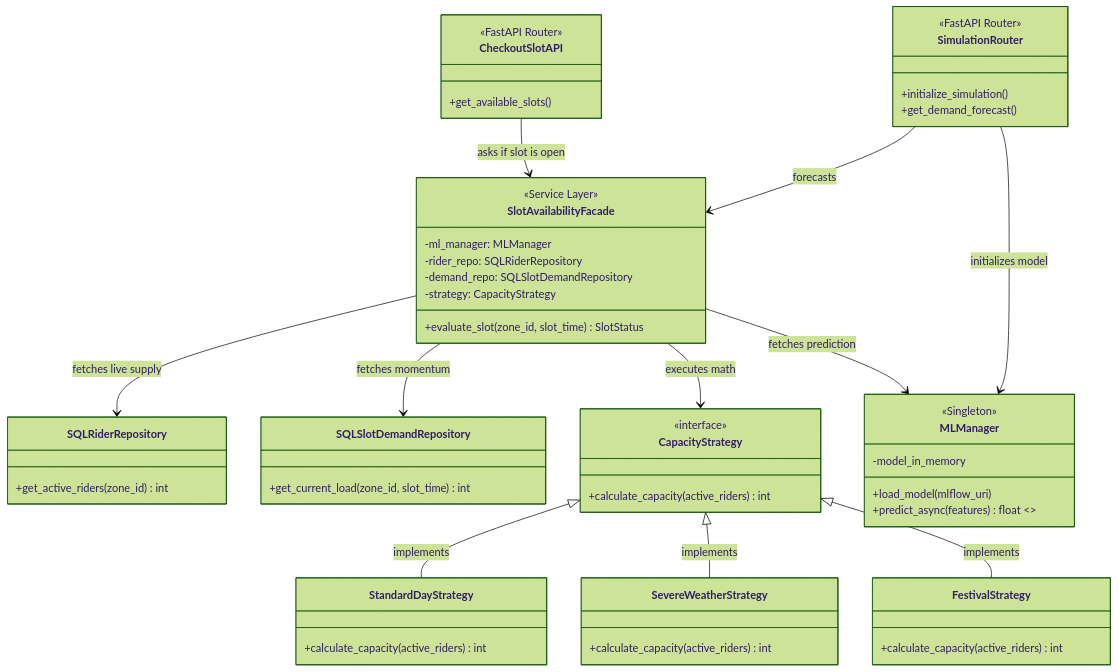
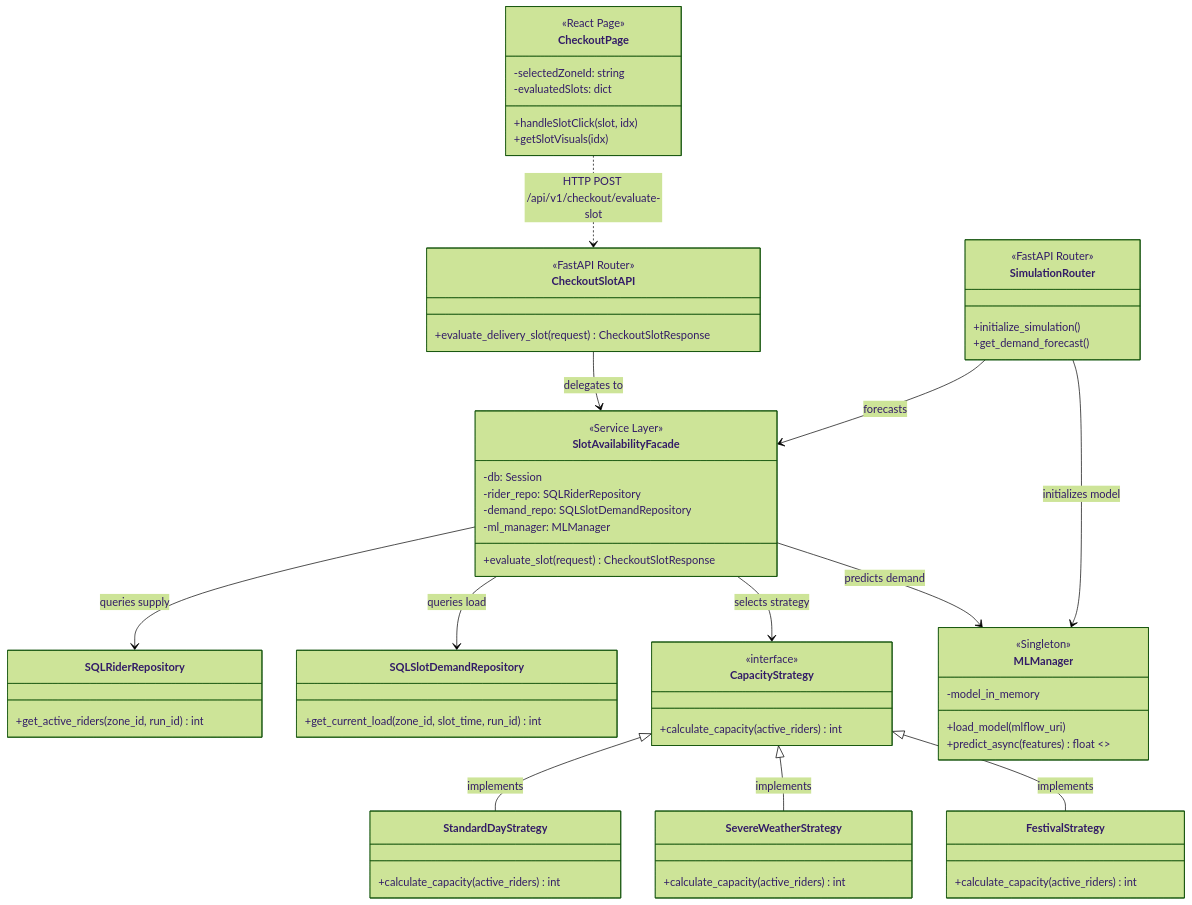
The diagram in README.md (SohamBEGINS/Slot-guard), drawn with Mermaid (forest theme) before and after one commit. The commit also changed other lines of this file, not shown here.

````diff
--- a/README.md
+++ b/README.md
@@ -26,67 +26,77 @@
 ```mermaid
 classDiagram
+    %% Frontend Layer
+    class CheckoutPage {
+        <<React Page>>
+        -selectedZoneId: string
+        -evaluatedSlots: dict
+        +handleSlotClick(slot, idx)
+        +getSlotVisuals(idx)
+    }
+
     %% API Layer
     class SimulationRouter {
         <<FastAPI Router>>
         +initialize_simulation()
         +get_demand_forecast()
     }
     class CheckoutSlotAPI {
         <<FastAPI Router>>
-        +get_available_slots()
+        +evaluate_delivery_slot(request) CheckoutSlotResponse
     }
 
     %% Facade Pattern (Orchestrator)
     class SlotAvailabilityFacade {
         <<Service Layer>>
-        -ml_manager: MLManager
+        -db: Session
         -rider_repo: SQLRiderRepository
         -demand_repo: SQLSlotDemandRepository
-        -strategy: CapacityStrategy
-        +evaluate_slot(zone_id, slot_time) SlotStatus
+        -ml_manager: MLManager
+        +evaluate_slot(request) CheckoutSlotResponse
     }
 
     %% Repository Pattern (Data Access)
     class SQLRiderRepository {
-        +get_active_riders(zone_id) int
+        +get_active_riders(zone_id, run_id) int
     }
     class SQLSlotDemandRepository {
-        +get_current_load(zone_id, slot_time) int
+        +get_current_load(zone_id, slot_time, run_id) int
     }
 
     %% Strategy Pattern (Business Logic)
     class CapacityStrategy {
         <<interface>>
         +calculate_capacity(active_riders) int
     }
     class StandardDayStrategy {
         +calculate_capacity(active_riders) int
     }
     class SevereWeatherStrategy {
         +calculate_capacity(active_riders) int
     }
     class FestivalStrategy {
         +calculate_capacity(active_riders) int
     }
 
     %% ML Singleton Pattern
     class MLManager {
         <<Singleton>>
         -model_in_memory
         +load_model(mlflow_uri)
         +predict_async(features) float <<Offloaded Thread>>
     }
 
     %% Relationships
+    CheckoutPage ..> CheckoutSlotAPI : HTTP POST /api/v1/checkout/evaluate-slot
     SimulationRouter --> SlotAvailabilityFacade : forecasts
     SimulationRouter --> MLManager : initializes model
-    CheckoutSlotAPI --> SlotAvailabilityFacade : asks if slot is open
-    SlotAvailabilityFacade --> SQLRiderRepository : fetches live supply
-    SlotAvailabilityFacade --> SQLSlotDemandRepository : fetches momentum
-    SlotAvailabilityFacade --> CapacityStrategy : executes math
-    SlotAvailabilityFacade --> MLManager : fetches prediction
+    CheckoutSlotAPI --> SlotAvailabilityFacade : delegates to
+    SlotAvailabilityFacade --> SQLRiderRepository : queries supply
+    SlotAvailabilityFacade --> SQLSlotDemandRepository : queries load
+    SlotAvailabilityFacade --> CapacityStrategy : selects strategy
+    SlotAvailabilityFacade --> MLManager : predicts demand
     
     CapacityStrategy <|-- StandardDayStrategy : implements
     CapacityStrategy <|-- SevereWeatherStrategy : implements
     CapacityStrategy <|-- FestivalStrategy : implements
 ```
````
